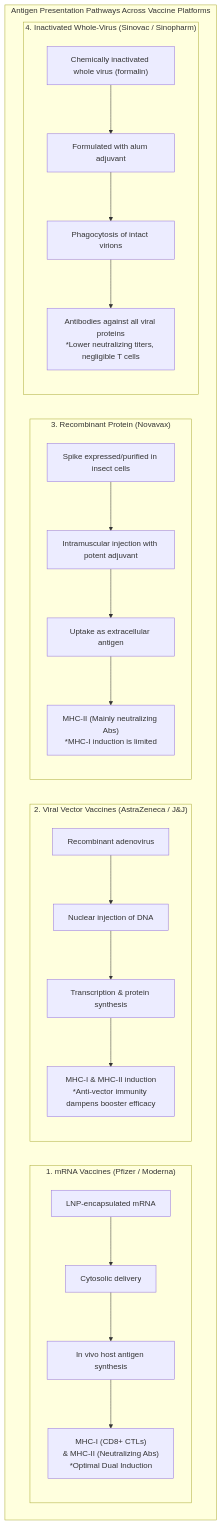
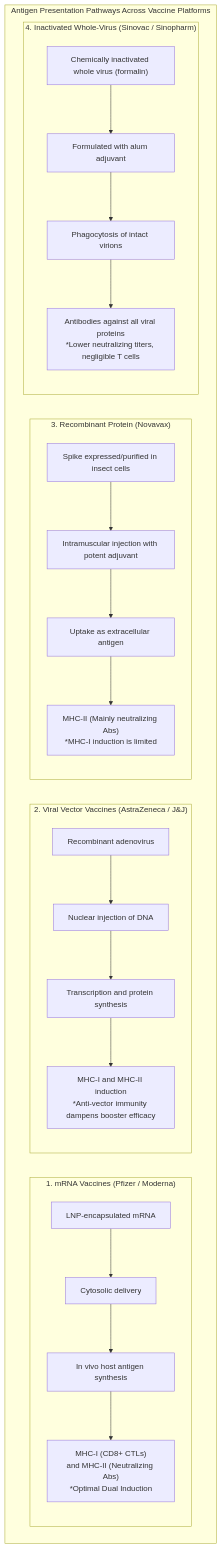
One commit to kenjinote/blog changed the fourth of 4 diagrams in content/post/covid19-mrna-vaccine-science-mechanisms-future/index.en.md. Above: the diagram before and after it, drawn with Mermaid. The commit also changed other lines of this file and 12 other files, not shown here.

Commit message:
fix(post): resolve mermaid syntax error in chapter 4 across all 13 languages

````diff
--- a/content/post/covid19-mrna-vaccine-science-mechanisms-future/index.en.md
+++ b/content/post/covid19-mrna-vaccine-science-mechanisms-future/index.en.md
@@ -445,24 +447,24 @@
 ```mermaid
 flowchart TD
     subgraph AntigenPresentationPlatforms ["Antigen Presentation Pathways Across Vaccine Platforms"]
         subgraph Sub_MRNA ["1. mRNA Vaccines (Pfizer / Moderna)"]
             M1["LNP-encapsulated mRNA"] --> M2["Cytosolic delivery"] --> M3["In vivo host antigen synthesis"]
-            M3 --> M4["MHC-I (CD8+ CTLs)<br/>& MHC-II (Neutralizing Abs)<br/>*Optimal Dual Induction"]
+            M3 --> M4["MHC-I (CD8+ CTLs)<br/>and MHC-II (Neutralizing Abs)<br/>*Optimal Dual Induction"]
         end
 
         subgraph Sub_Vector ["2. Viral Vector Vaccines (AstraZeneca / J&J)"]
-            V1["Recombinant adenovirus"] --> V2["Nuclear injection of DNA"] --> V3["Transcription & protein synthesis"]
-            V3 --> V4["MHC-I & MHC-II induction<br/>*Anti-vector immunity dampens booster efficacy"]
+            V1["Recombinant adenovirus"] --> V2["Nuclear injection of DNA"] --> V3["Transcription and protein synthesis"]
+            V3 --> V4["MHC-I and MHC-II induction<br/>*Anti-vector immunity dampens booster efficacy"]
         end
 
         subgraph Sub_Protein ["3. Recombinant Protein (Novavax)"]
             P1["Spike expressed/purified in insect cells"] --> P2["Intramuscular injection with potent adjuvant"]
             P2 --> P3["Uptake as extracellular antigen"] --> P4["MHC-II (Mainly neutralizing Abs)<br/>*MHC-I induction is limited"]
         end
 
         subgraph Sub_Inactivated ["4. Inactivated Whole-Virus (Sinovac / Sinopharm)"]
             I1["Chemically inactivated whole virus (formalin)"] --> I2["Formulated with alum adjuvant"]
             I2 --> I3["Phagocytosis of intact virions"] --> I4["Antibodies against all viral proteins<br/>*Lower neutralizing titers, negligible T cells"]
         end
     end
 ```
````
